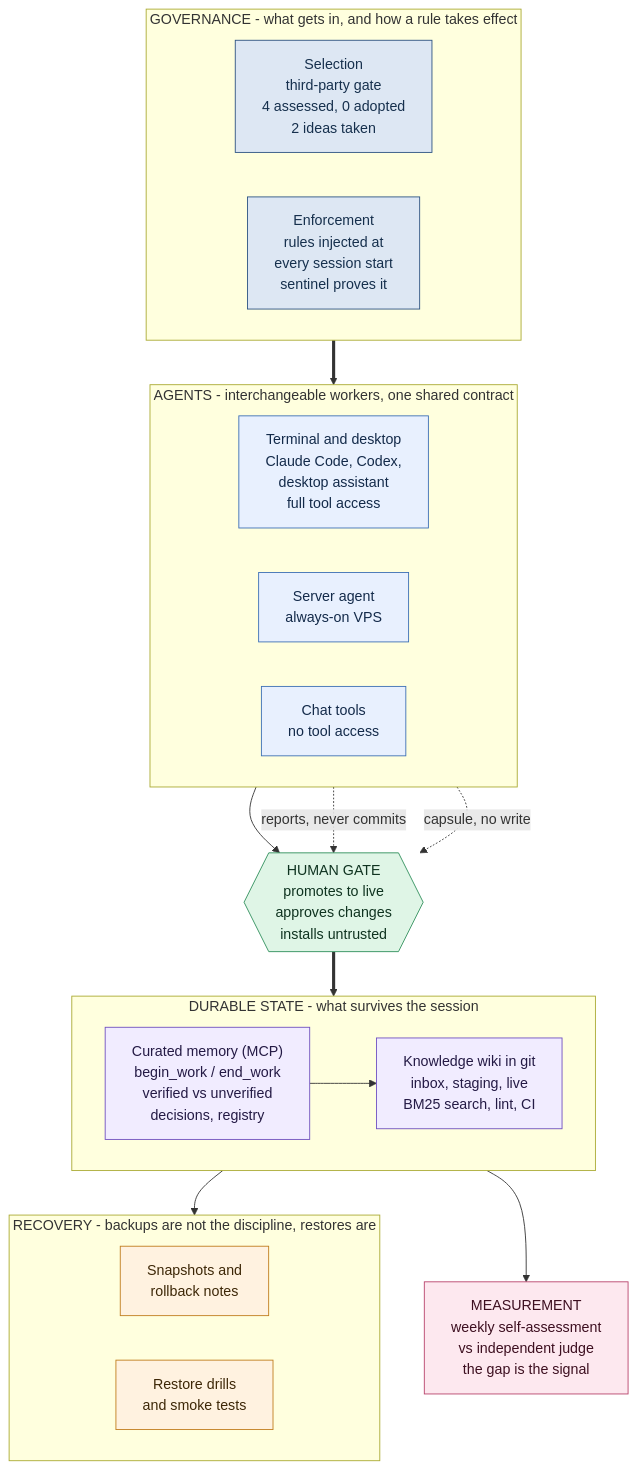
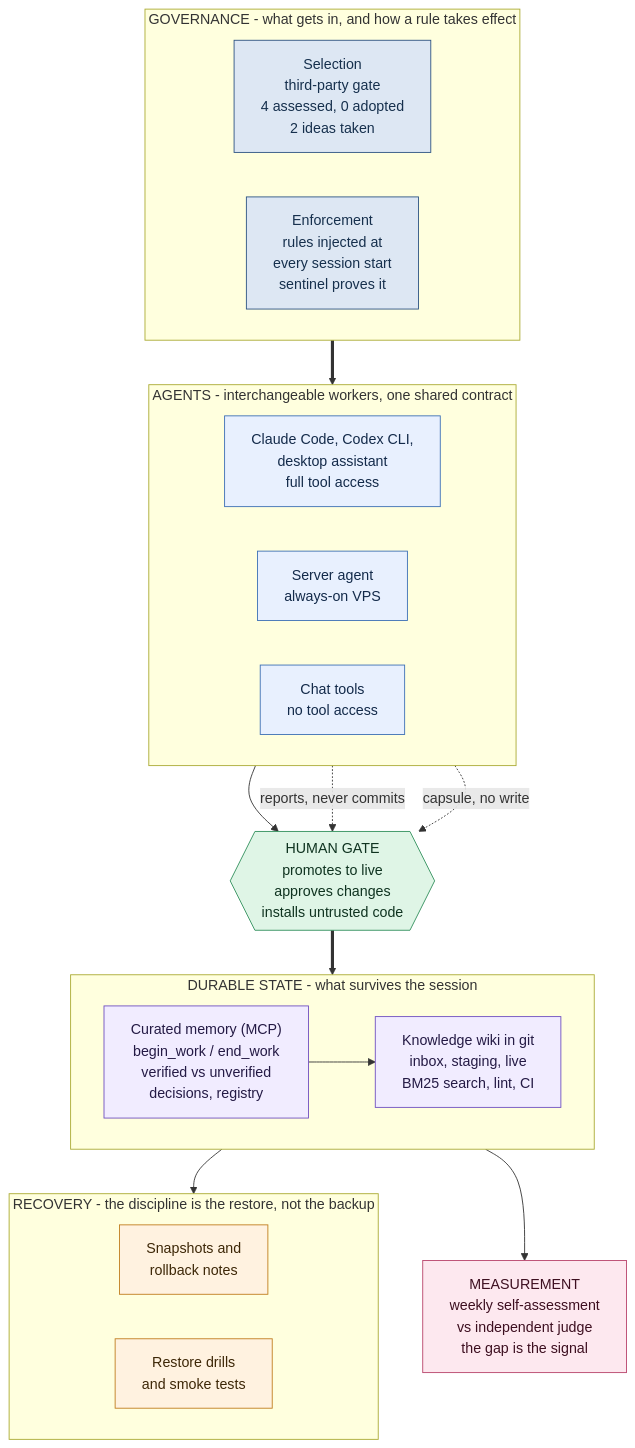
Before and after one commit to artemtrofymenko/agent-ops-notes: the diagram in README.md, drawn with Mermaid.

Commit message:
docs: fix three labels that read as truncated even though they were not
RECOVERY was not clipped by the renderer. The subgraph title genuinely was
'backups are not the discipline, restores are', an ellipsis that ends on a
dangling verb and so looks cut off. Same effect as a rendering bug, different
cause, so worth naming rather than hunting.

- RECOVERY retitled to 'the discipline is the restore, not the backup'
- HUMAN GATE regains the word 'code'. I had trimmed 'installs untrusted code'
  to 'installs untrusted', which left the reader asking untrusted what. At 23
  characters it sits inside the measured clip threshold anyway.
- The agents box drops its 'Terminal and desktop' opening line, another
  dangling fragment. The product names below already carry the meaning.

````diff
--- a/README.md
+++ b/README.md
@@ -23,55 +23,55 @@
 ```mermaid
 flowchart TB
 
   subgraph GOV["GOVERNANCE - what gets in, and how a rule takes effect"]
     direction LR
     SEL["Selection<br/>third-party gate<br/>4 assessed, 0 adopted<br/>2 ideas taken"]
     ENF["Enforcement<br/>rules injected at<br/>every session start<br/>sentinel proves it"]
   end
 
   subgraph AG["AGENTS - interchangeable workers, one shared contract"]
     direction LR
-    FULL["Terminal and desktop<br/>Claude Code, Codex,<br/>desktop assistant<br/>full tool access"]
+    FULL["Claude Code, Codex CLI,<br/>desktop assistant<br/>full tool access"]
     SH["Server agent<br/>always-on VPS"]
     GPT["Chat tools<br/>no tool access"]
   end
 
-  GATE{{"HUMAN GATE<br/>promotes to live<br/>approves changes<br/>installs untrusted"}}
+  GATE{{"HUMAN GATE<br/>promotes to live<br/>approves changes<br/>installs untrusted code"}}
 
   subgraph STATE["DURABLE STATE - what survives the session"]
     direction LR
     MEM["Curated memory (MCP)<br/>begin_work / end_work<br/>verified vs unverified<br/>decisions, registry"]
     WIKI["Knowledge wiki in git<br/>inbox, staging, live<br/>BM25 search, lint, CI"]
   end
 
-  subgraph SAFE["RECOVERY - backups are not the discipline, restores are"]
+  subgraph SAFE["RECOVERY - the discipline is the restore, not the backup"]
     direction LR
     SNAP["Snapshots and<br/>rollback notes"]
     DRILL["Restore drills<br/>and smoke tests"]
   end
 
   MEAS["MEASUREMENT<br/>weekly self-assessment<br/>vs independent judge<br/>the gap is the signal"]
 
   GOV ==> AG
   FULL --> GATE
   SH -.->|"reports, never commits"| GATE
   GPT -.->|"capsule, no write"| GATE
   GATE ==> STATE
   MEM --> WIKI
   STATE --> SAFE
   STATE --> MEAS
 
   classDef gov fill:#dde7f3,stroke:#2c5282,color:#16304d
   classDef agent fill:#e8f0fe,stroke:#3c6fb5,color:#132a4a
   classDef state fill:#f1ecff,stroke:#6f4fc0,color:#241a45
   classDef gate fill:#dff5e6,stroke:#2f8f5b,color:#0f3320
   classDef safe fill:#fff2e0,stroke:#c07d1e,color:#3d2707
   classDef meas fill:#fde8ef,stroke:#b8436b,color:#3d0f20
 
   class SEL,ENF gov
   class FULL,SH,GPT agent
   class MEM,WIKI state
   class GATE gate
   class SNAP,DRILL safe
   class MEAS meas
 ```
````
